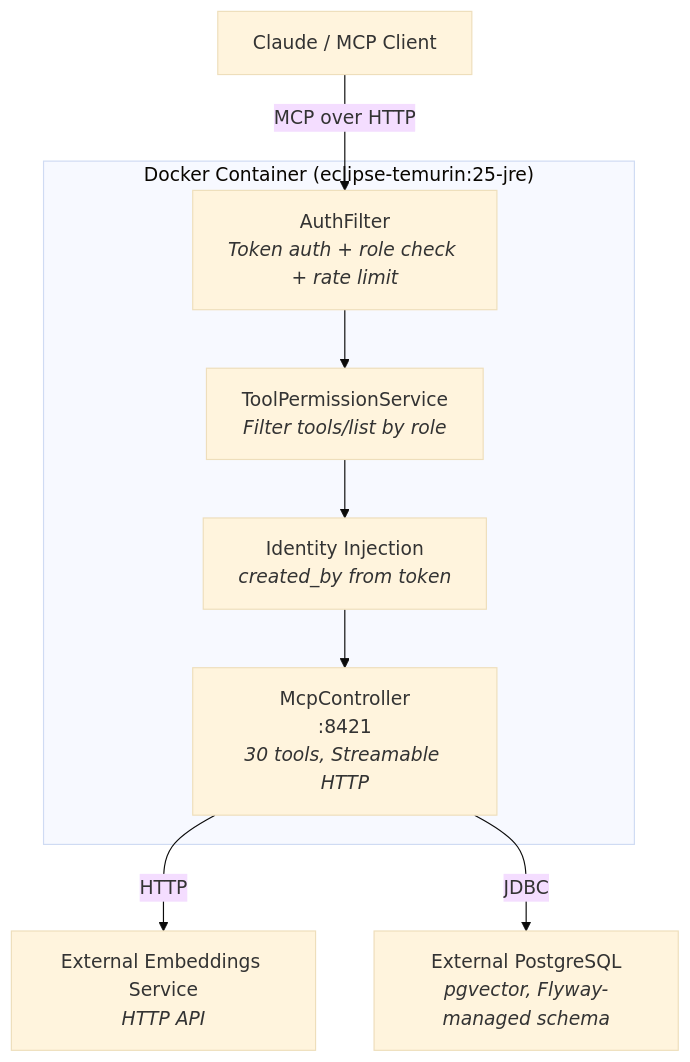
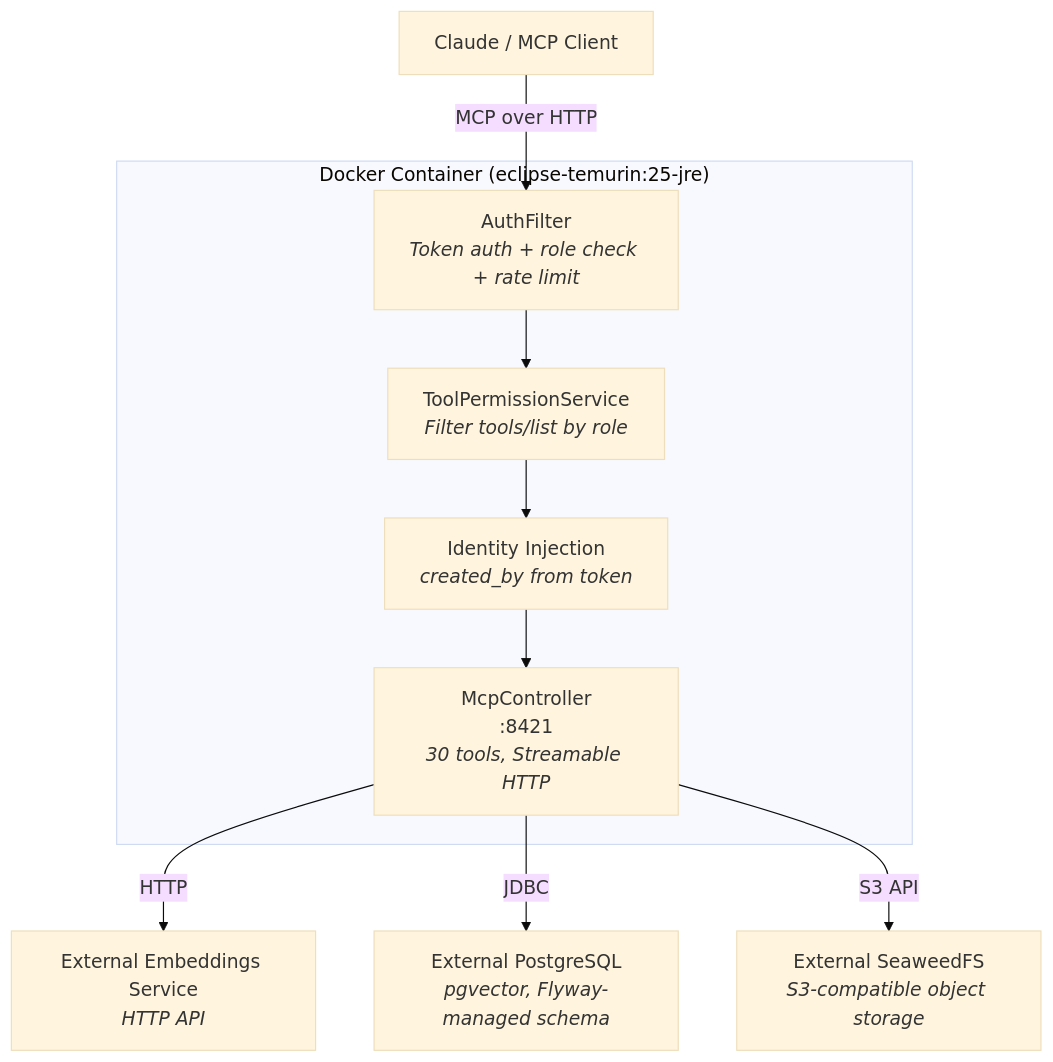
The first of 2 diagrams in documentation/architecture.md (ufelmann/HiveMem), drawn with Mermaid (base theme) before and after one commit. The commit also changed other lines of this file and 2 other files, not shown here.

Commit message:
docs: update tools (31→34), architecture ER diagram, operations for attachment storage

````diff
--- a/documentation/architecture.md
+++ b/documentation/architecture.md
@@ -3,21 +3,23 @@
 ```mermaid
 graph TB
     Client["Claude / MCP Client"]
 
     subgraph Container["Docker Container (eclipse-temurin:25-jre)"]
         Auth["AuthFilter<br/><i>Token auth + role check + rate limit</i>"]
         ToolGate["ToolPermissionService<br/><i>Filter tools/list by role</i>"]
         Identity["Identity Injection<br/><i>created_by from token</i>"]
         MCP["McpController<br/>:8421<br/><i>30 tools, Streamable HTTP</i>"]
     end
 
     EmbSvc["External Embeddings Service<br/><i>HTTP API</i>"]
     PG["External PostgreSQL<br/><i>pgvector, Flyway-managed schema</i>"]
+    SeaweedFS["External SeaweedFS<br/><i>S3-compatible object storage</i>"]
 
     Client -->|"MCP over HTTP"| Auth
     Auth --> ToolGate
     ToolGate --> Identity
     Identity --> MCP
     MCP -->|"HTTP"| EmbSvc
     MCP -->|"JDBC"| PG
+    MCP -->|"S3 API"| SeaweedFS
 ```
````
